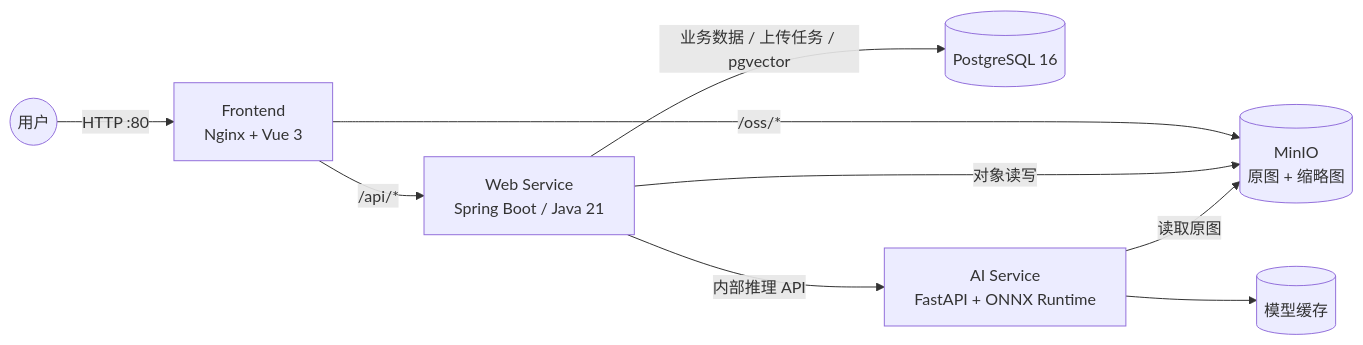
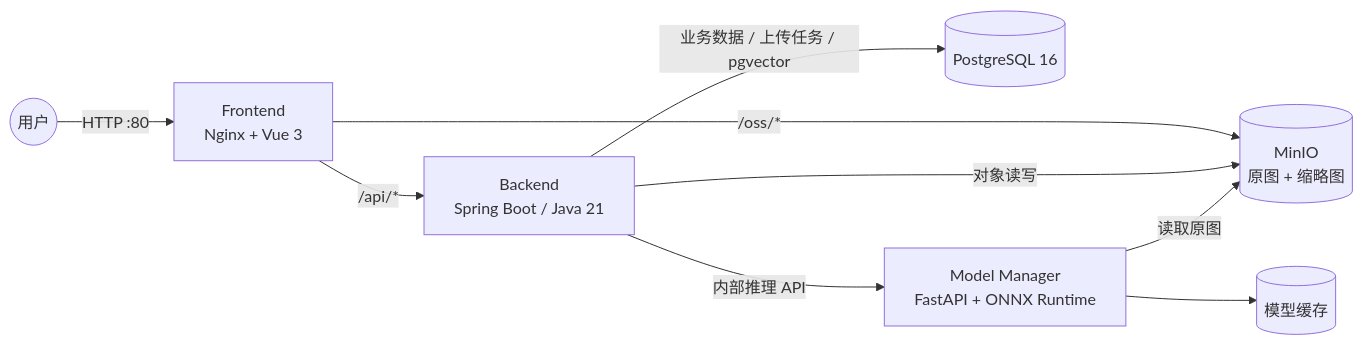
One commit to tamakara/bakabooru changed the diagram in README.md. Above: the diagram before and after it, drawn with Mermaid. The commit also changed other lines of this file and 161 other files, not shown here.

````diff
--- a/README.md
+++ b/README.md
@@ -24,12 +24,12 @@
 ```mermaid
 flowchart LR
     User(("用户")) -->|"HTTP :80"| Front["Frontend<br/>Nginx + Vue 3"]
-    Front -->|"/api/*"| Web["Web Service<br/>Spring Boot / Java 21"]
+    Front -->|"/api/*"| Web["Backend<br/>Spring Boot / Java 21"]
     Front -->|"/oss/*"| MinIO[("MinIO<br/>原图 + 缩略图")]
 
     Web -->|"业务数据 / 上传任务 / pgvector"| PG[("PostgreSQL 16")]
     Web -->|"对象读写"| MinIO
-    Web -->|"内部推理 API"| AI["AI Service<br/>FastAPI + ONNX Runtime"]
+    Web -->|"内部推理 API"| AI["Model Manager<br/>FastAPI + ONNX Runtime"]
     AI -->|"读取原图"| MinIO
     AI --> Cache[("模型缓存")]
 ```
````
